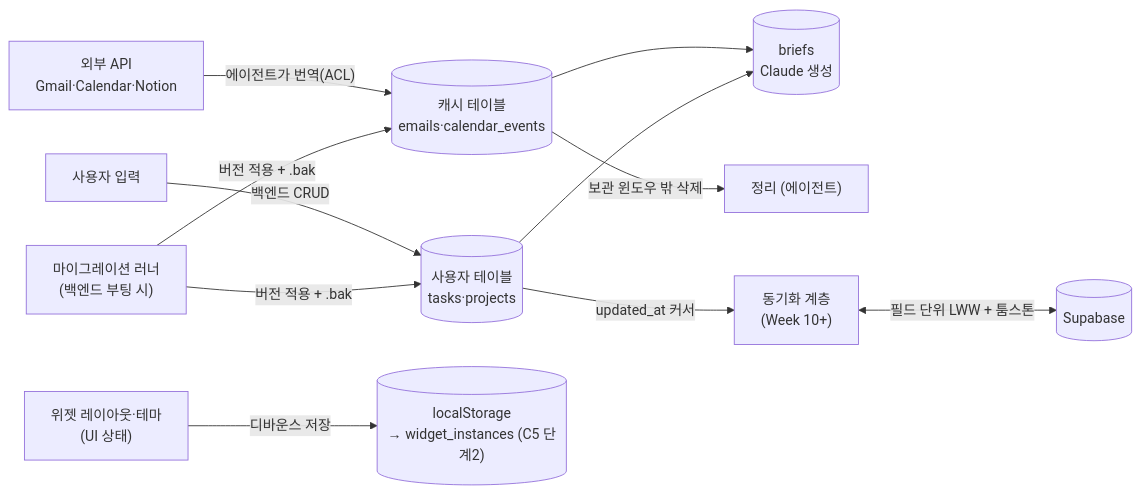
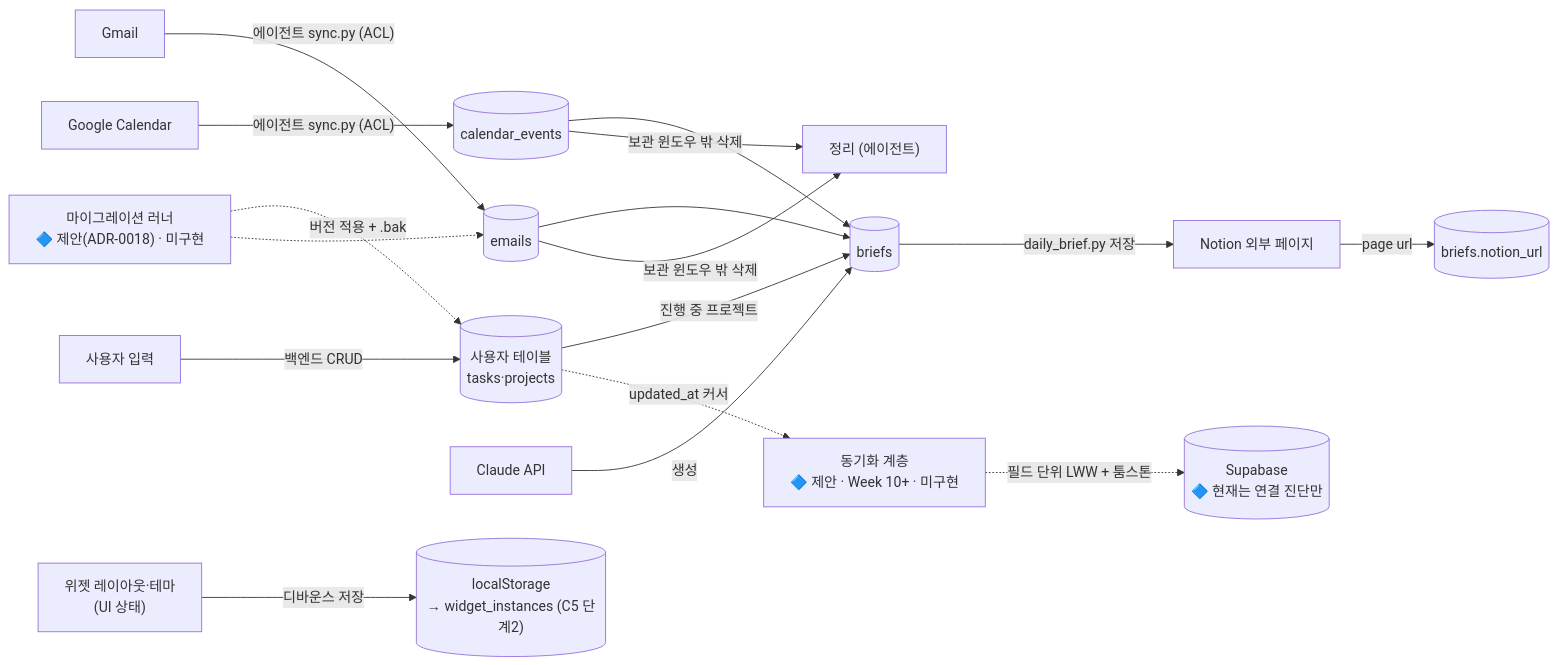
The diagram in docs/product/architecture/DATA_ARCHITECTURE.md (gamercross/my-setup-proj), drawn with Mermaid before and after one commit. The commit also changed other lines of this file and 9 other files, not shown here.

First line of the commit message:
docs: NFR-REL-03 종료 정책 개정 + 서비스 계층 + 다이어그램 정합

````diff
--- a/docs/product/architecture/DATA_ARCHITECTURE.md
+++ b/docs/product/architecture/DATA_ARCHITECTURE.md
@@ -9,11 +9,19 @@
 ```mermaid
 flowchart LR
-  EXT["외부 API<br/>Gmail·Calendar·Notion"] -->|"에이전트가 번역(ACL)"| CACHE[("캐시 테이블<br/>emails·calendar_events")]
+  GM["Gmail"] -->|"에이전트 sync.py (ACL)"| EMAILS[("emails")]
+  GC["Google Calendar"] -->|"에이전트 sync.py (ACL)"| CEV[("calendar_events")]
   U["사용자 입력"] -->|"백엔드 CRUD"| OWN[("사용자 테이블<br/>tasks·projects")]
-  CACHE & OWN --> BRIEF[("briefs<br/>Claude 생성")]
-  CACHE -->|"보관 윈도우 밖 삭제"| PURGE["정리 (에이전트)"]
-  OWN -->|"updated_at 커서"| SYNC["동기화 계층<br/>(Week 10+)"]
-  SYNC <-->|"필드 단위 LWW + 툼스톤"| SUPA[("Supabase")]
-  MIG["마이그레이션 러너<br/>(백엔드 부팅 시)"] -->|"버전 적용 + .bak"| OWN & CACHE
+  EMAILS --> BRIEF[("briefs")]
+  CEV --> BRIEF
+  OWN -->|"진행 중 프로젝트"| BRIEF
+  CLA["Claude API"] -->|"생성"| BRIEF
+  EMAILS -->|"보관 윈도우 밖 삭제"| PURGE["정리 (에이전트)"]
+  CEV -->|"보관 윈도우 밖 삭제"| PURGE
+  BRIEF -->|"daily_brief.py 저장"| NOTION["Notion 외부 페이지"]
+  NOTION -->|"page url"| NURL[("briefs.notion_url")]
+  OWN -.->|"updated_at 커서"| SYNC["동기화 계층<br/>🔷 제안 · Week 10+ · 미구현"]
+  SYNC -.->|"필드 단위 LWW + 툼스톤"| SUPA[("Supabase<br/>🔷 현재는 연결 진단만")]
+  MIG["마이그레이션 러너<br/>🔷 제안(ADR-0018) · 미구현"] -.->|"버전 적용 + .bak"| OWN
+  MIG -.-> EMAILS
   UISTATE["위젯 레이아웃·테마<br/>(UI 상태)"] -->|"디바운스 저장"| LSTORE[("localStorage<br/>→ widget_instances (C5 단계2)")]
 ```
````
